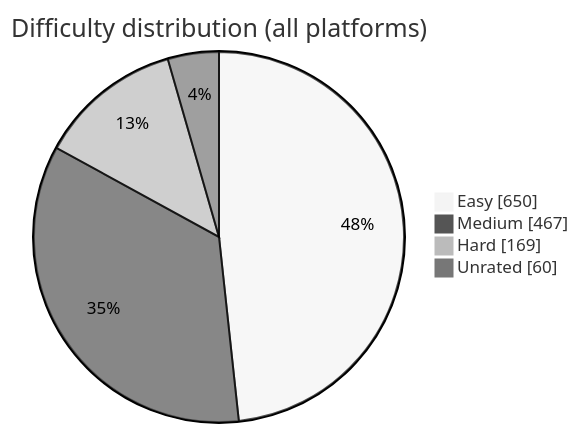
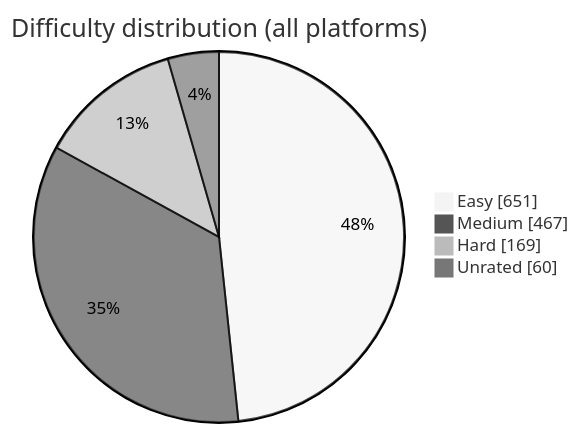
Before and after one commit to BuildbyArindam/Daily-Coding-Log: the diagram in README.md, drawn with Mermaid (neutral theme). The commit also changed other lines of this file, not shown here.

````diff
--- a/README.md
+++ b/README.md
@@ -93,7 +93,7 @@
 ```mermaid
 pie showData title Difficulty distribution (all platforms)
-    "Easy" : 650
+    "Easy" : 651
     "Medium" : 467
     "Hard" : 169
     "Unrated" : 60
 ```
````
